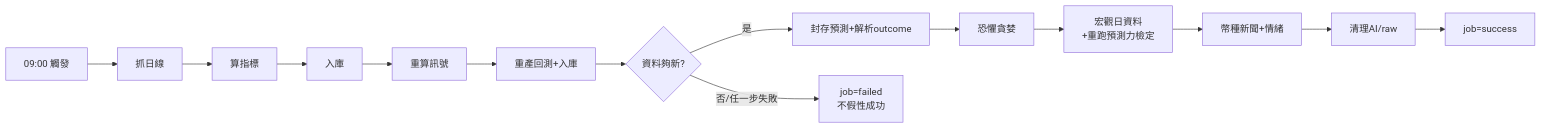
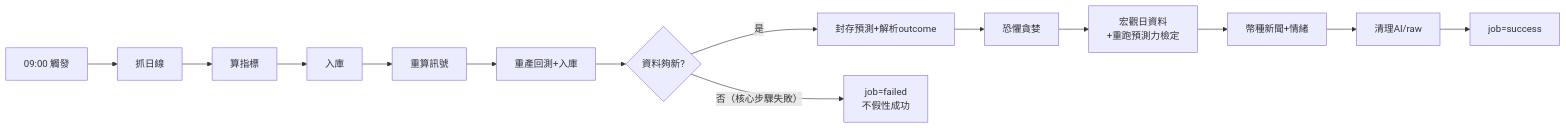
The second of 5 diagrams in README.md (yunzhenz-chainwin/crypto-quant), drawn with Mermaid before and after one commit. The commit also changed other lines of this file and 24 other files, not shown here.

````diff
--- a/README.md
+++ b/README.md
@@ -268,7 +268,7 @@
 ```mermaid
 flowchart LR
     S["09:00 觸發"] --> F["抓日線"] --> I["算指標"] --> IN["入庫"]
     IN --> DS["重算訊號"] --> BT["重產回測+入庫"] --> FR{"資料夠新?"}
     FR -->|"是"| FC["封存預測+解析outcome"] --> FG["恐懼貪婪"] --> MA["宏觀日資料<br/>+重跑預測力檢定"] --> NW["幣種新聞+情緒"] --> CL["清理AI/raw"] --> OK["job=success"]
-    FR -->|"否/任一步失敗"| FAIL["job=failed<br/>不假性成功"]
+    FR -->|"否（核心步驟失敗）"| FAIL["job=failed<br/>不假性成功"]
 ```
````
